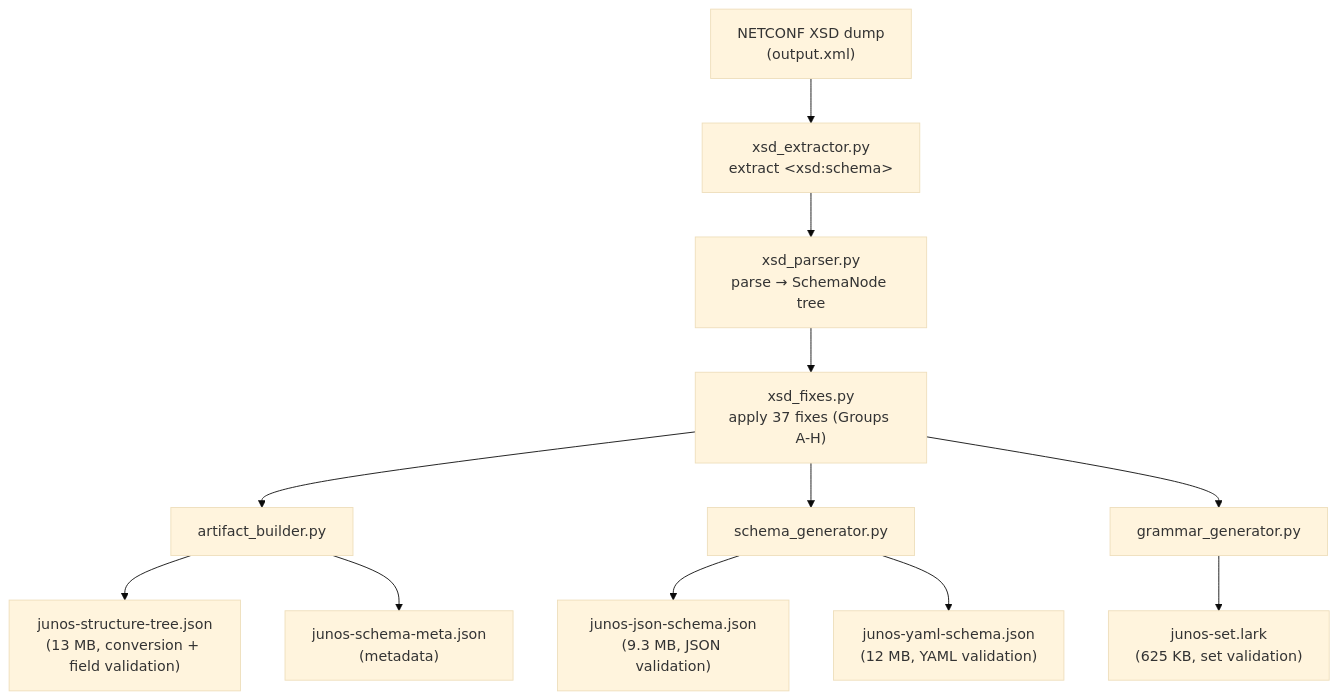
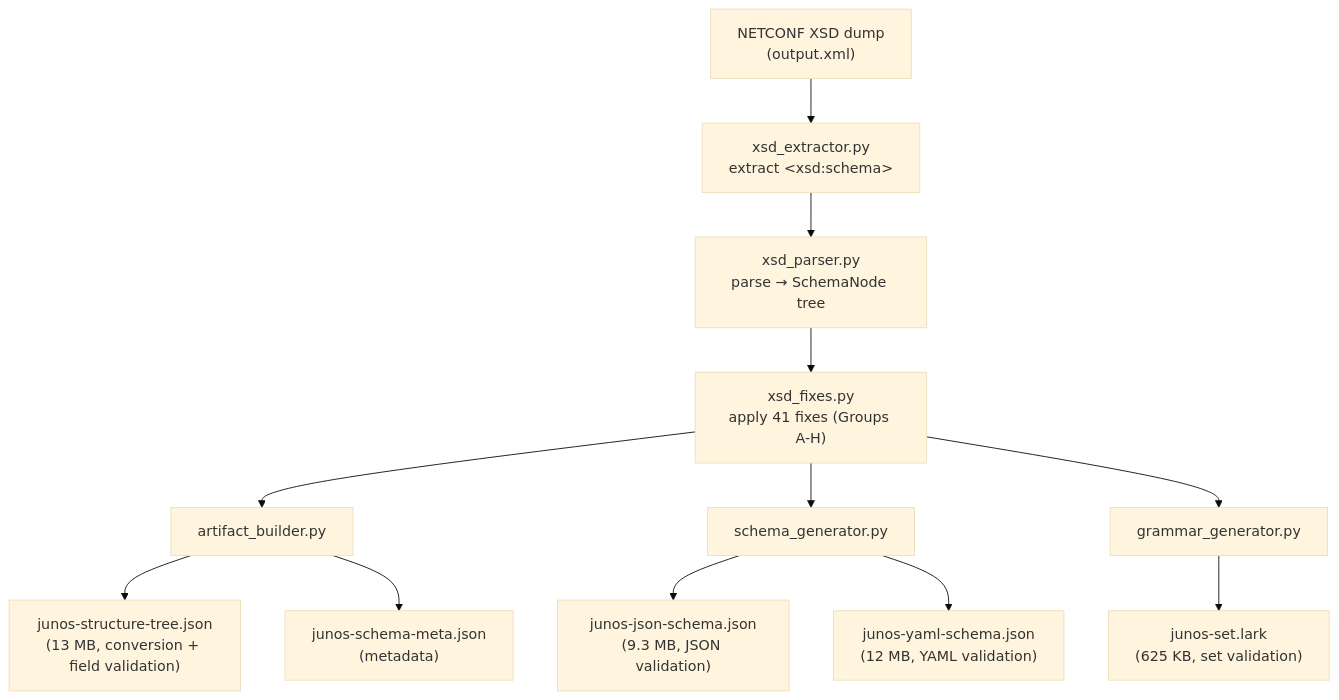
The fifth of 8 diagrams in docs/architecture/developer-guide.md (dg-i/junoscfg), drawn with Mermaid (base theme) before and after one commit. The commit also changed 20 other files, not shown here.

````diff
--- a/docs/architecture/developer-guide.md
+++ b/docs/architecture/developer-guide.md
@@ -389,15 +389,15 @@
 ```mermaid
 flowchart TD
     XSD["NETCONF XSD dump\n(output.xml)"] --> EXT["xsd_extractor.py\nextract &lt;xsd:schema&gt;"]
     EXT --> PARSE["xsd_parser.py\nparse → SchemaNode tree"]
-    PARSE --> FIX["xsd_fixes.py\napply 37 fixes (Groups A-H)"]
+    PARSE --> FIX["xsd_fixes.py\napply 41 fixes (Groups A-H)"]
     FIX --> BUILD["artifact_builder.py"]
     FIX --> SGEN["schema_generator.py"]
     FIX --> GGEN["grammar_generator.py"]
 
     BUILD --> TREE["junos-structure-tree.json\n(13 MB, conversion + field validation)"]
     SGEN --> JSCHEMA["junos-json-schema.json\n(9.3 MB, JSON validation)"]
     SGEN --> YSCHEMA["junos-yaml-schema.json\n(12 MB, YAML validation)"]
     GGEN --> LARK["junos-set.lark\n(625 KB, set validation)"]
     BUILD --> META["junos-schema-meta.json\n(metadata)"]
 ```
````
